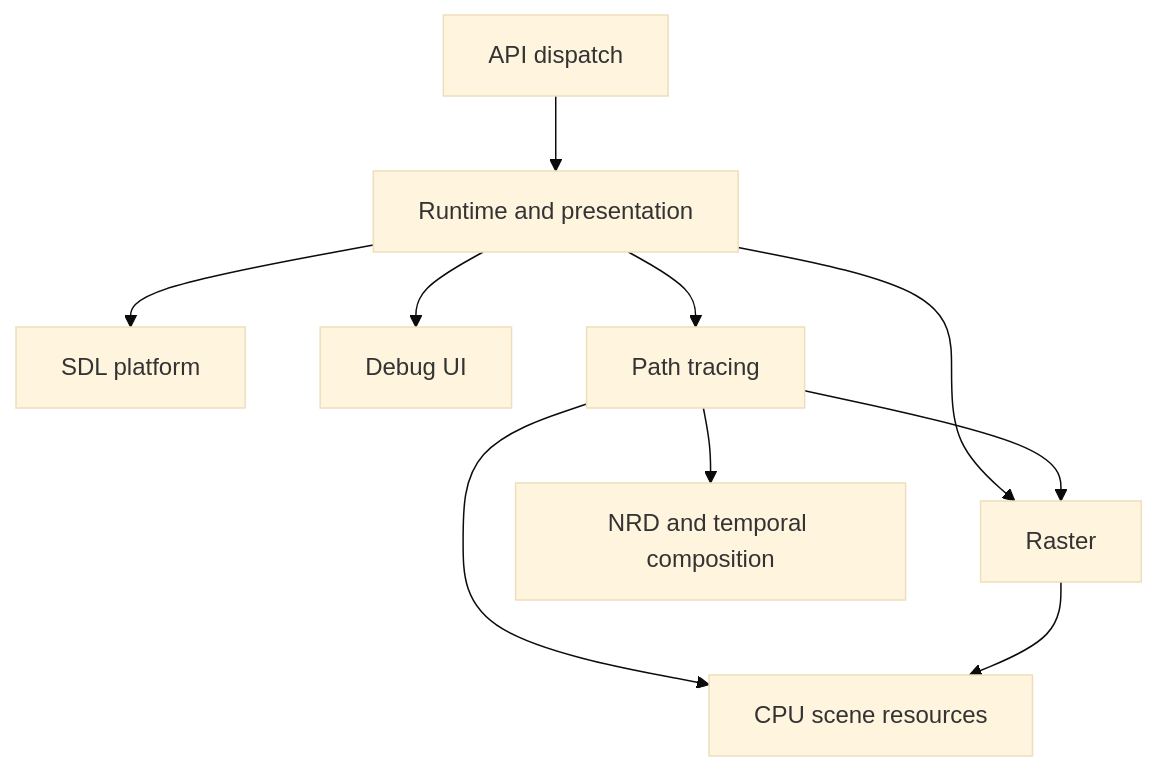
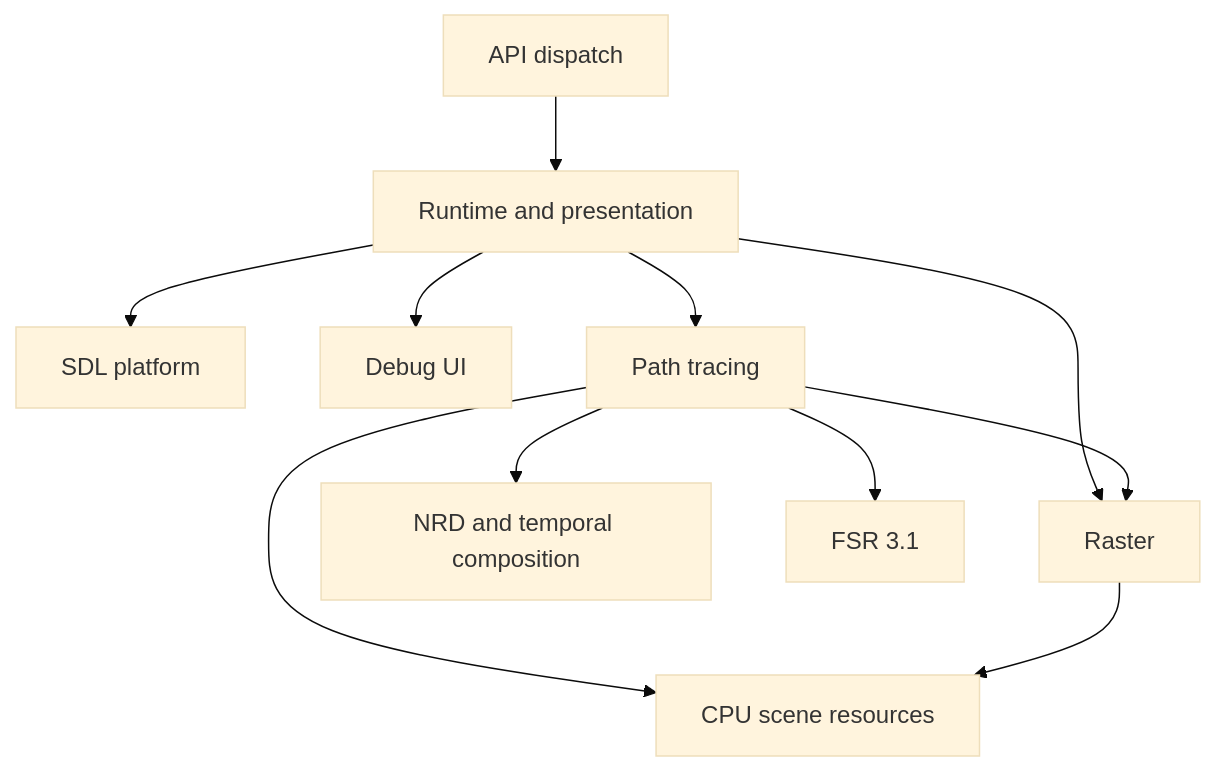
Before and after one commit to KingVulpes/OpenRemix: the diagram in docs/architecture.md, drawn with Mermaid (base theme). The commit also changed other lines of this file and 128 other files, not shown here.

````diff
--- a/docs/architecture.md
+++ b/docs/architecture.md
@@ -31,12 +32,13 @@
 ```mermaid
 flowchart TD
   api[API dispatch] --> runtime[Runtime and presentation]
   runtime --> platform[SDL platform]
   runtime --> ui[Debug UI]
   runtime --> tracing[Path tracing]
   runtime --> raster[Raster]
   tracing --> denoise[NRD and temporal composition]
   tracing --> raster
+  tracing --> upscale[FSR 3.1]
   tracing --> scene[CPU scene resources]
   raster --> scene
 ```
````
